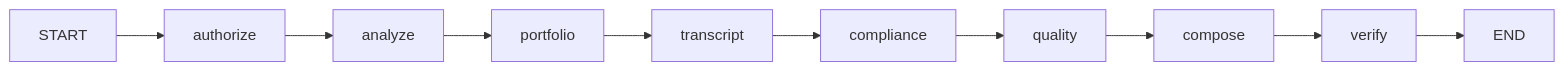
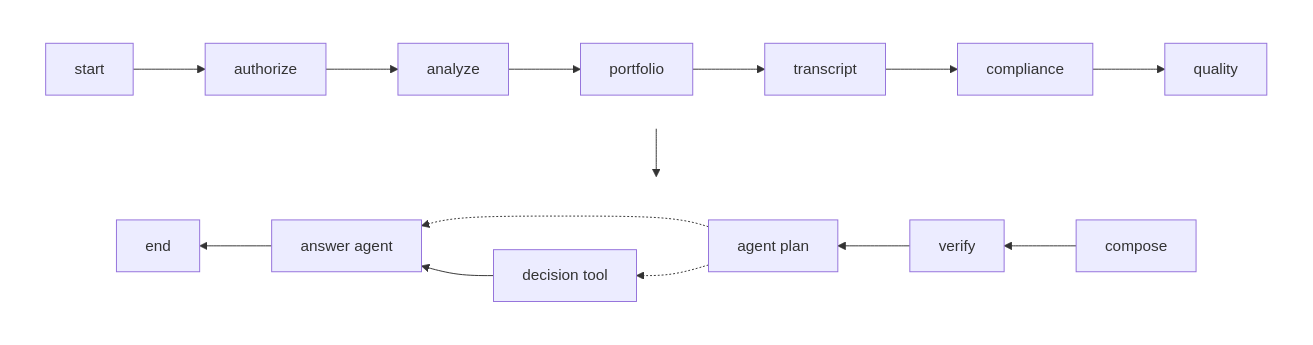
One commit to steven-ja/Odin_Lab_xy_agents changed the diagram in README_DASHBOARD.md. Above: the diagram before and after it, drawn with Mermaid. The commit also changed other lines of this file and 8 other files, not shown here.

Commit message:
(agents): local models connected to lang-graph

````diff
--- a/README_DASHBOARD.md
+++ b/README_DASHBOARD.md
@@ -31,12 +31,37 @@
 ```mermaid
-flowchart LR
-    START --> authorize
+flowchart TB
+  subgraph row0[" "]
+    direction LR
+    __start__["start"]
+    authorize["authorize"]
+    analyze["analyze"]
+    portfolio["portfolio"]
+    transcript["transcript"]
+    compliance["compliance"]
+    quality["quality"]
+    __start__ --> authorize
+    analyze --> portfolio
     authorize --> analyze
-    analyze --> portfolio
+    compliance --> quality
     portfolio --> transcript
     transcript --> compliance
-    compliance --> quality
-    quality --> compose
+  end
+  style row0 fill:transparent,stroke:transparent
+  subgraph row1[" "]
+    direction RL
+    compose["compose"]
+    verify["verify"]
+    agent_plan["agent plan"]
+    decision_tool["decision tool"]
+    answer_agent["answer agent"]
+    __end__["end"]
+    agent_plan -.-> answer_agent
+    agent_plan -.-> decision_tool
     compose --> verify
-    verify --> END
+    decision_tool --> answer_agent
+    verify --> agent_plan
+    answer_agent --> __end__
+  end
+  style row1 fill:transparent,stroke:transparent
+  quality --> compose
 ```
````
